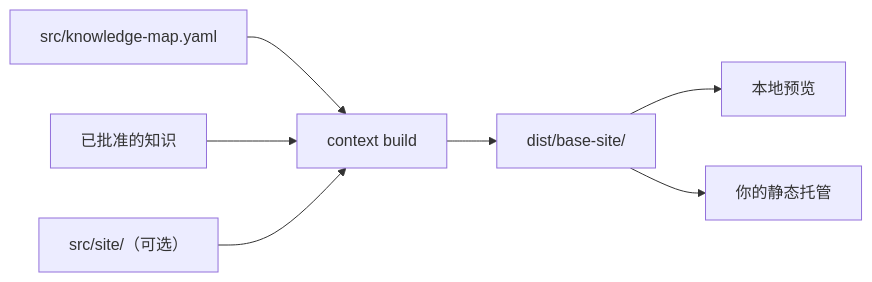
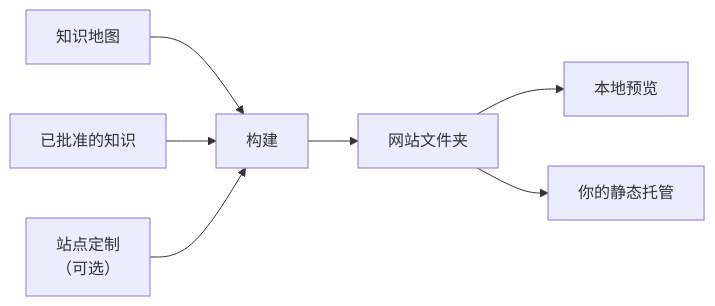
The diagram in translations/zh-CN/sop/outputs-and-sites/documentation-sites.md (context4ai/portal), drawn with Mermaid before and after one commit. The commit also changed other lines of this file and 129 other files, not shown here.

````diff
--- a/translations/zh-CN/sop/outputs-and-sites/documentation-sites.md
+++ b/translations/zh-CN/sop/outputs-and-sites/documentation-sites.md
@@ -16,9 +16,9 @@
 ```mermaid
 flowchart LR
-  map["src/knowledge-map.yaml"] --> build["context build"]
+  map["知识地图"] --> build["构建"]
   approved["已批准的知识"] --> build
-  ext["src/site/（可选）"] --> build
-  build --> site["dist/base-site/"]
+  ext["站点定制<br/>（可选）"] --> build
+  build --> site["网站文件夹"]
   site --> preview["本地预览"]
   site --> host["你的静态托管"]
 ```
````
